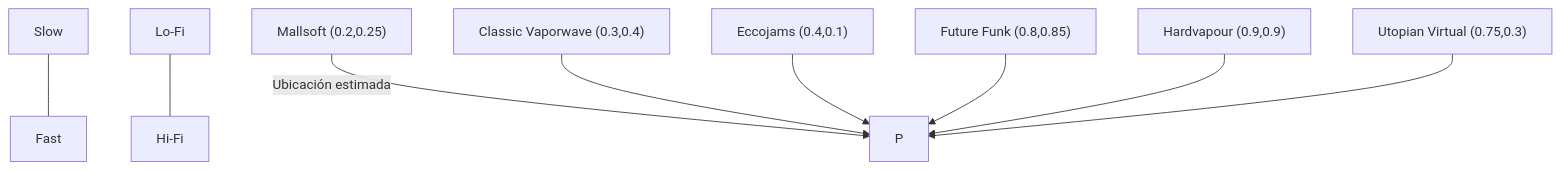
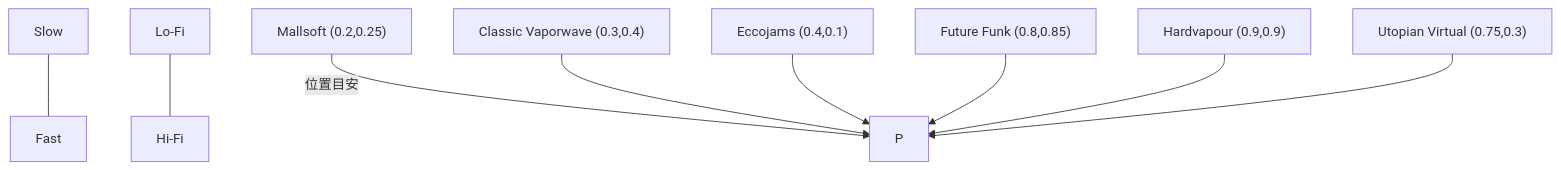
One commit to monumental-movement/monumental-movement.github.io changed the first of 3 diagrams in es/_posts/2025-11-16-column-vaporwave.md. Above: the diagram before and after it, drawn with Mermaid. The commit also changed other lines of this file and 299 other files, not shown here.

```diff
--- a/es/_posts/2025-11-16-column-vaporwave.md
+++ b/es/_posts/2025-11-16-column-vaporwave.md
@@ -126,16 +126,16 @@
 <div class="mermaid">
 
 flowchart TB
 
     A1[Slow] --- A2[Fast]
     B1[Lo-Fi] --- B2[Hi-Fi]
 
 
-    M["Mallsoft (0.2,0.25)"] -->|Ubicación estimada| P
+    M["Mallsoft (0.2,0.25)"] -->|位置目安| P
     C["Classic Vaporwave (0.3,0.4)"] --> P
     E["Eccojams (0.4,0.1)"] --> P
     F["Future Funk (0.8,0.85)"] --> P
     H["Hardvapour (0.9,0.9)"] --> P
     U["Utopian Virtual (0.75,0.3)"] --> P
 
 </div>
```
